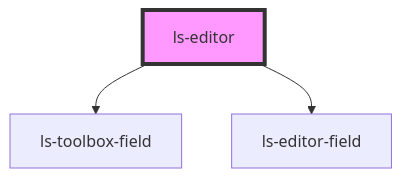
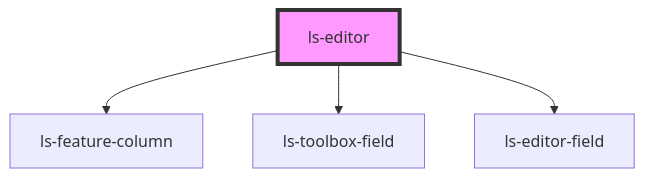
The diagram in src/components/ls-editor/readme.md (legalesign/ls-document-viewer), drawn with Mermaid before and after one commit. The commit also changed other lines of this file and 24 other files, not shown here.

````diff
--- a/src/components/ls-editor/readme.md
+++ b/src/components/ls-editor/readme.md
@@ -81,6 +86,7 @@
 ```mermaid
 graph TD;
+  ls-editor --> ls-feature-column
   ls-editor --> ls-toolbox-field
   ls-editor --> ls-editor-field
   style ls-editor fill:#f9f,stroke:#333,stroke-width:4px
 ```
````
